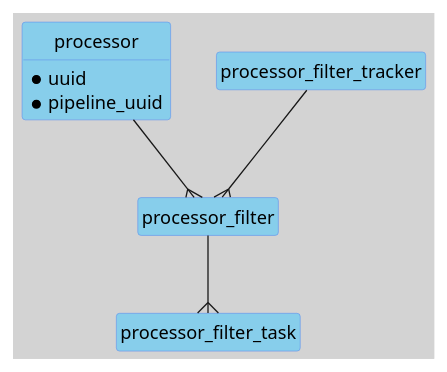
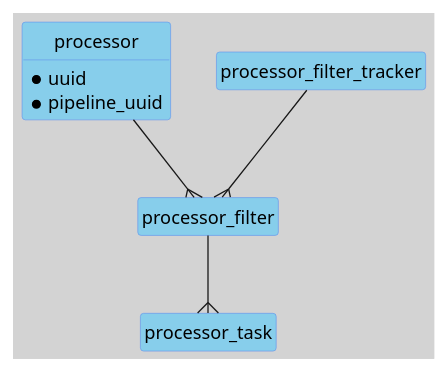
Before and after one commit to gchq/stroom: the diagram in stroom-processor/README.md, drawn with PlantUML. The commit also changed 75 other files, not shown here.

````diff
--- a/stroom-processor/README.md
+++ b/stroom-processor/README.md
@@ -5,40 +5,40 @@
 ```plantuml
 @startuml
 
 entity processor {
     * uuid
     * pipeline_uuid
 }
 
 entity processor_filter {
 }
 
-entity processor_filter_task {
+entity processor_task {
 }
 
 entity processor_filter_tracker {
 }
 
 processor --{ processor_filter
 processor_filter_tracker --{ processor_filter
-processor_filter --{ processor_filter_task
+processor_filter --{ processor_task
 
 ' see http://plantuml.com/skinparam & https://github.com/plantuml/plantuml/pull/31
 
 'skinparam handwritten true
 'skinparam monochrome reverse
 'skinparam backgroundColor DimGrey
 'skinparam ClassBackgroundColor DimGrey
 'skinparam ClassBorderColor WhiteSmoke
 'skinparam backgroundColor transparent
 
 ' light theme
 skinparam backgroundColor LightGrey
 skinparam ClassBackgroundColor SkyBlue
 skinparam ClassBorderColor CornflowerBlue
 
 hide circle
 hide empty members
 
 @enduml
 ```
````
